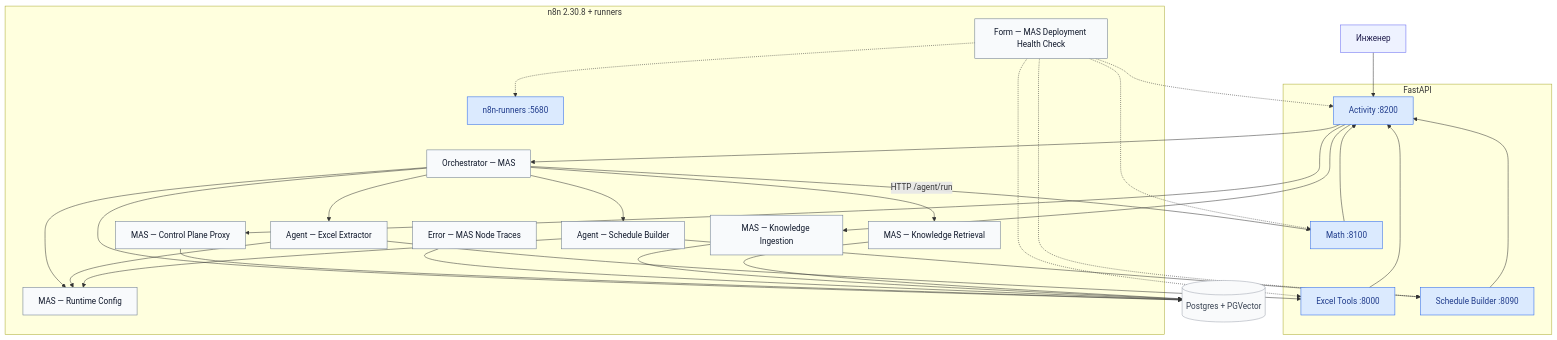
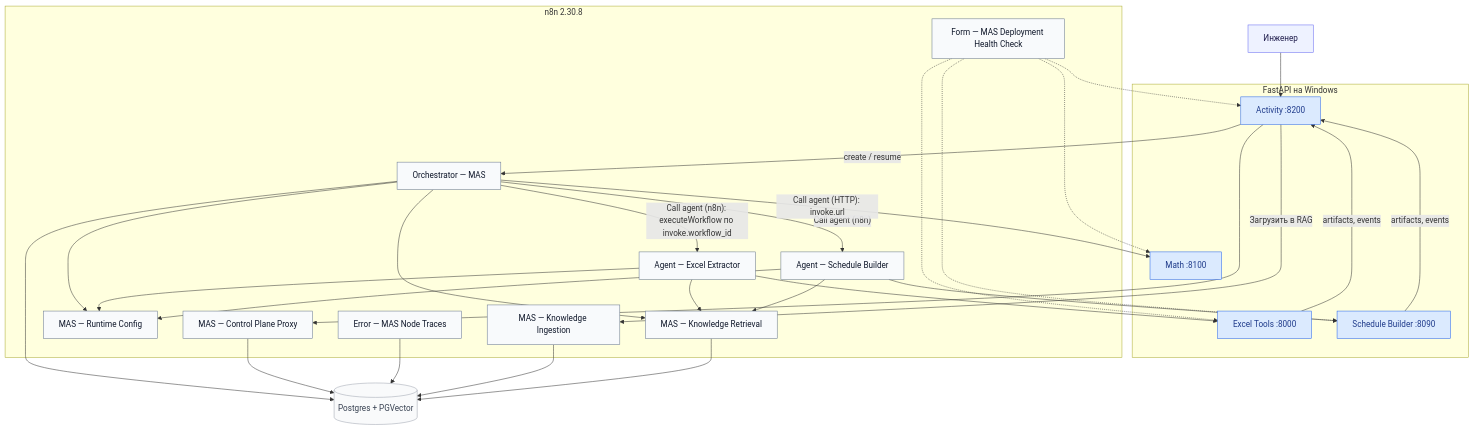
Before and after one commit to lun1tunes/omegalul: the diagram in docs.md, drawn with Mermaid. The commit also changed other lines of this file and 116 other files, not shown here.

````diff
--- a/docs.md
+++ b/docs.md
@@ -45,53 +30,52 @@
 ```mermaid
 flowchart TB
   classDef entry fill:#eef2ff,stroke:#6366f1,color:#1e1b4b
   classDef wf fill:#f8fafc,stroke:#64748b,color:#0f172a
   classDef svc fill:#dbeafe,stroke:#2563eb,color:#1e3a8a
   classDef data fill:#f9fafb,stroke:#9ca3af,color:#374151
 
   User[Инженер]:::entry
-  subgraph win [FastAPI]
+  subgraph win [FastAPI на Windows]
     Activity[Activity :8200]:::svc
     ExcelTools[Excel Tools :8000]:::svc
     SchedSvc[Schedule Builder :8090]:::svc
     MathSvc[Math :8100]:::svc
   end
-  subgraph plat [n8n 2.30.8 + runners]
+  subgraph plat [n8n 2.30.8]
     Orch[Orchestrator — MAS]:::wf
     ExcelAgent[Agent — Excel Extractor]:::wf
     SchedAgent[Agent — Schedule Builder]:::wf
     Proxy[MAS — Control Plane Proxy]:::wf
     Runtime[MAS — Runtime Config]:::wf
     Ingest[MAS — Knowledge Ingestion]:::wf
     Retr[MAS — Knowledge Retrieval]:::wf
     Err[Error — MAS Node Traces]:::wf
     Health[Form — MAS Deployment Health Check]:::wf
-    Runners[n8n-runners :5680]:::svc
   end
   Pg[(Postgres + PGVector)]:::data
 
   User --> Activity
-  Activity --> Orch
+  Activity -->|create / resume| Orch
   Activity --> Proxy
-  Activity --> Ingest
+  Activity -->|Загрузить в RAG| Ingest
   Orch --> Retr
   Orch --> Runtime
+  Orch -->|"Call agent (n8n): executeWorkflow по invoke.workflow_id"| ExcelAgent --> ExcelTools
+  Orch -->|"Call agent (n8n)"| SchedAgent --> SchedSvc
+  Orch -->|"Call agent (HTTP): invoke.url"| MathSvc
   ExcelAgent --> Runtime
   SchedAgent --> Runtime
-  Orch --> ExcelAgent --> ExcelTools
-  Orch --> SchedAgent --> SchedSvc
-  Orch -->|"HTTP /agent/run"| MathSvc
+  ExcelAgent --> Retr
+  SchedAgent --> Retr
   Orch --> Pg
   Proxy --> Pg
   Err --> Pg
   Ingest --> Pg
   Retr --> Pg
-  ExcelTools --> Activity
-  SchedSvc --> Activity
-  MathSvc --> Activity
+  ExcelTools -->|artifacts, events| Activity
+  SchedSvc -->|artifacts, events| Activity
   Health -.-> Activity
   Health -.-> ExcelTools
   Health -.-> SchedSvc
   Health -.-> MathSvc
-  Health -.-> Runners
 ```
````
